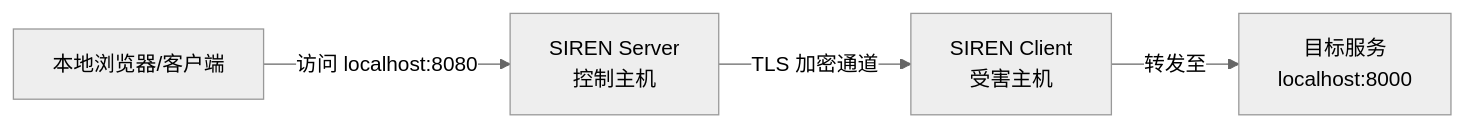
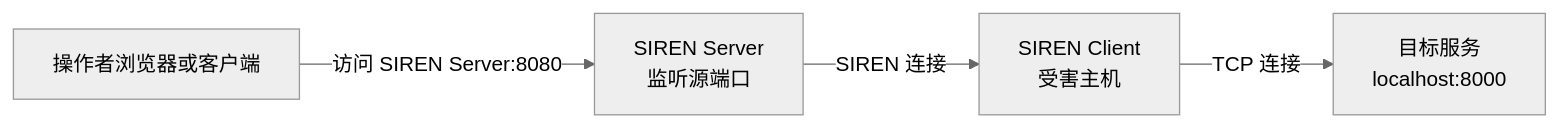
One commit to SignorMercurio/siren_docs changed the diagram in content/docs/(siren)/portforward.mdx. Above: the diagram before and after it, drawn with Mermaid (neutral theme). The commit also changed other lines of this file and 41 other files, not shown here.

````diff
--- a/content/docs/(siren)/portforward.mdx
+++ b/content/docs/(siren)/portforward.mdx
@@ -22,6 +22,6 @@
 ```mermaid
 graph LR
-    A[本地浏览器/客户端] -->|访问 localhost:8080| B[SIREN Server<br/>控制主机]
-    B -->|TLS 加密通道| C[SIREN Client<br/>受害主机]
-    C -->|转发至| D[目标服务<br/>localhost:8000]
+    A[操作者浏览器或客户端] -->|访问 SIREN Server:8080| B[SIREN Server<br/>监听源端口]
+    B -->|SIREN 连接| C[SIREN Client<br/>受害主机]
+    C -->|TCP 连接| D[目标服务<br/>localhost:8000]
 ```
````
